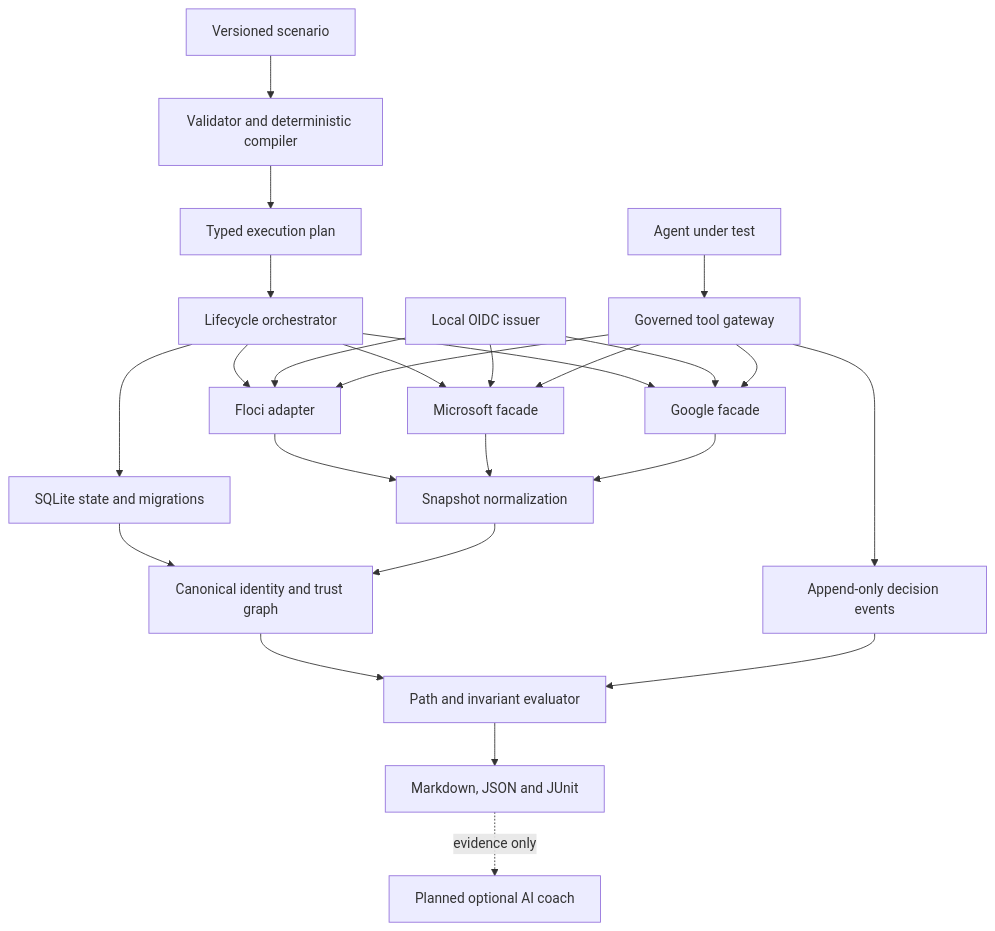
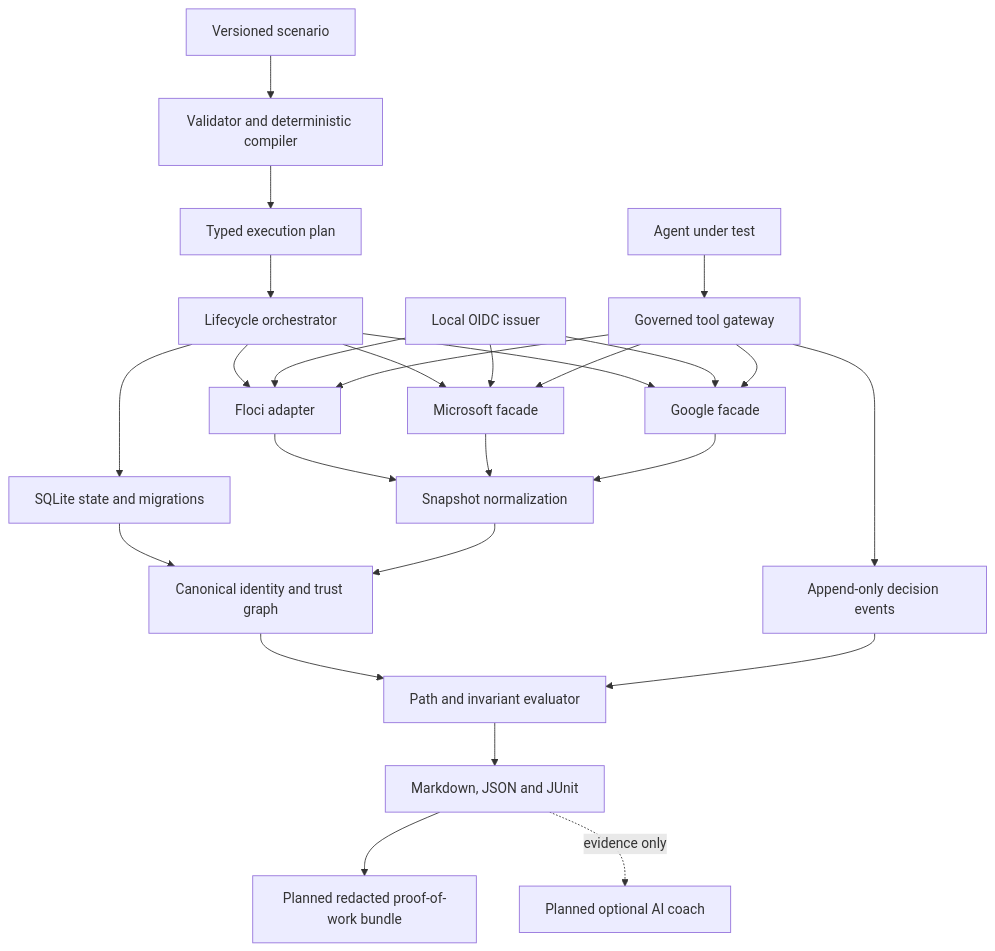
Before and after one commit to msinclair25/cailab: the diagram in docs/00-project/master-plan.md, drawn with Mermaid. The commit also changed other lines of this file and 82 other files, not shown here.

````diff
--- a/docs/00-project/master-plan.md
+++ b/docs/00-project/master-plan.md
@@ -86,27 +131,28 @@
 ```mermaid
 flowchart TD
     Manifest["Versioned scenario"] --> Compiler["Validator and deterministic compiler"]
     Compiler --> Plan["Typed execution plan"]
     Plan --> Orchestrator["Lifecycle orchestrator"]
     Orchestrator --> Store["SQLite state and migrations"]
     Orchestrator --> AWS["Floci adapter"]
     Orchestrator --> MS["Microsoft facade"]
     Orchestrator --> Google["Google facade"]
     Issuer["Local OIDC issuer"] --> AWS
     Issuer --> MS
     Issuer --> Google
     Agent["Agent under test"] --> Gateway["Governed tool gateway"]
     Gateway --> AWS
     Gateway --> MS
     Gateway --> Google
     AWS --> Normalize["Snapshot normalization"]
     MS --> Normalize
     Google --> Normalize
     Store --> Graph["Canonical identity and trust graph"]
     Normalize --> Graph
     Gateway --> Audit["Append-only decision events"]
     Graph --> Verify["Path and invariant evaluator"]
     Audit --> Verify
     Verify --> Report["Markdown, JSON and JUnit"]
+    Report --> Portfolio["Planned redacted proof-of-work bundle"]
     Report -. evidence only .-> Coach["Planned optional AI coach"]
 ```
````
